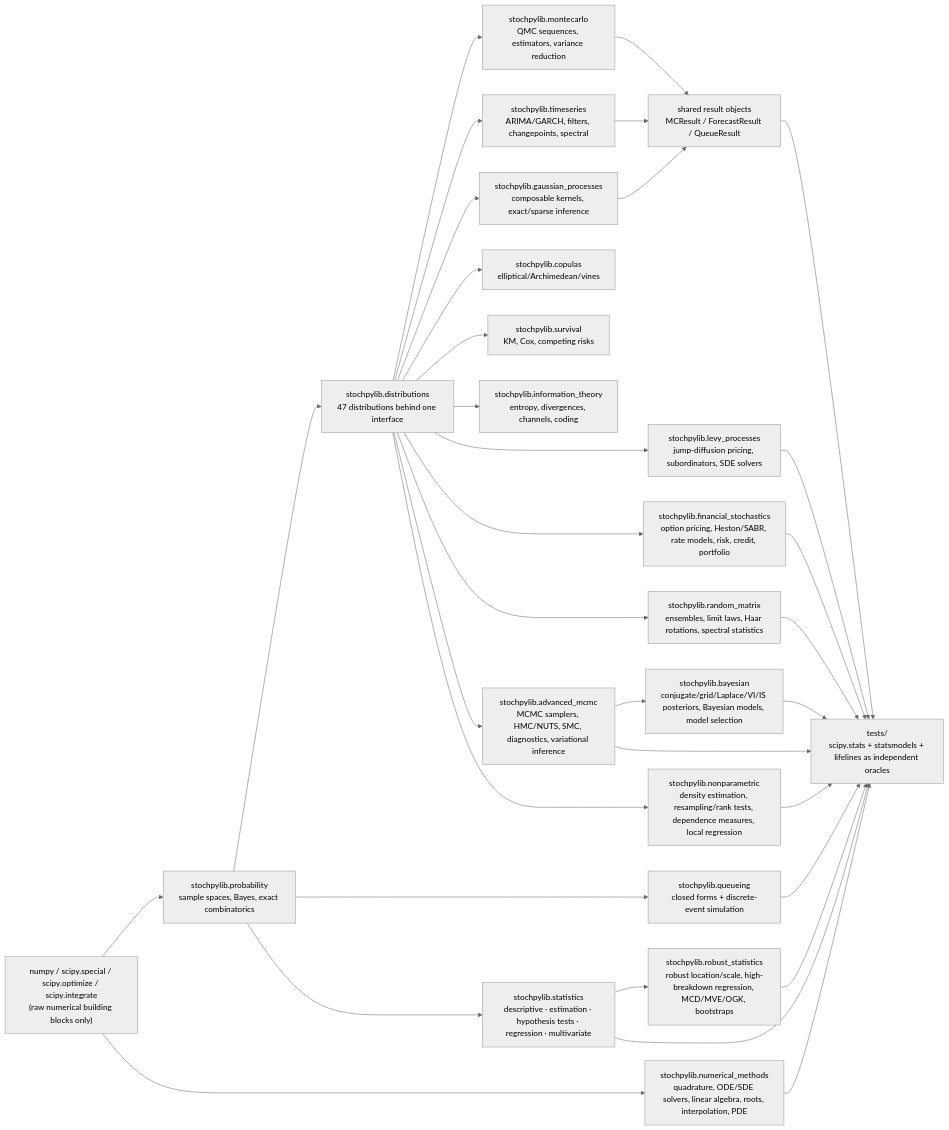
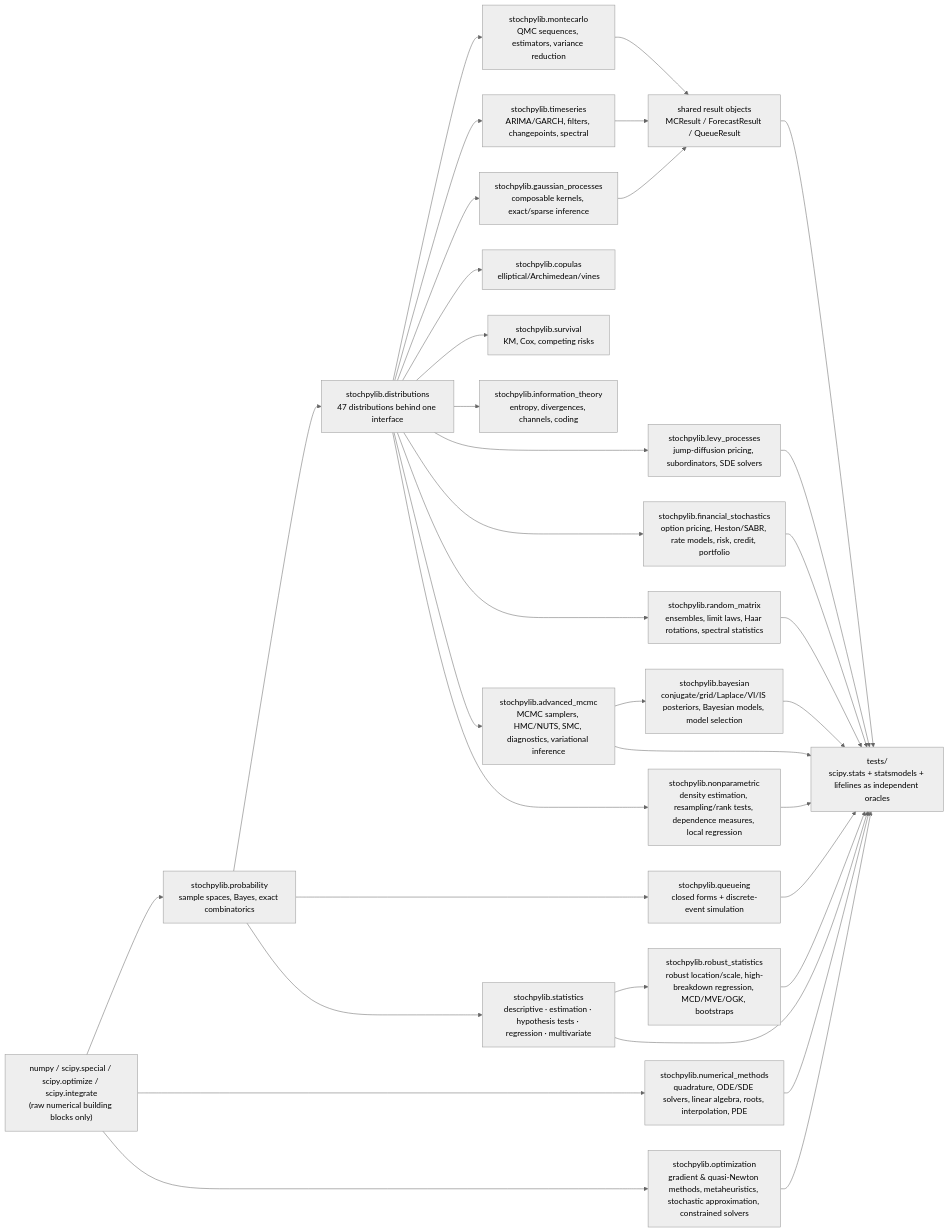
Before and after one commit to leon1706-lol/Stochpylib: the first of 2 diagrams in README.md, drawn with Mermaid (neutral theme). The commit also changed other lines of this file and 36 other files, not shown here.

````diff
--- a/README.md
+++ b/README.md
@@ -262,35 +277,37 @@
 ```mermaid
 flowchart LR
     A["numpy / scipy.special / scipy.optimize / scipy.integrate<br/>(raw numerical building blocks only)"] --> B["stochpylib.probability<br/>sample spaces, Bayes, exact combinatorics"]
     B --> C["stochpylib.distributions<br/>47 distributions behind one interface"]
     C --> D["stochpylib.montecarlo<br/>QMC sequences, estimators, variance reduction"]
     C --> E["stochpylib.timeseries<br/>ARIMA/GARCH, filters, changepoints, spectral"]
     C --> F["stochpylib.gaussian_processes<br/>composable kernels, exact/sparse inference"]
     C --> G["stochpylib.copulas<br/>elliptical/Archimedean/vines"]
     C --> H["stochpylib.survival<br/>KM, Cox, competing risks"]
     B --> I["stochpylib.queueing<br/>closed forms + discrete-event simulation"]
     C --> J["stochpylib.information_theory<br/>entropy, divergences, channels, coding"]
     C --> M["stochpylib.levy_processes<br/>jump-diffusion pricing, subordinators, SDE solvers"]
     C --> N["stochpylib.financial_stochastics<br/>option pricing, Heston/SABR, rate models, risk, credit, portfolio"]
     B --> O["stochpylib.statistics<br/>descriptive · estimation · hypothesis tests · regression · multivariate"]
     C --> P["stochpylib.random_matrix<br/>ensembles, limit laws, Haar rotations, spectral statistics"]
     C --> Q["stochpylib.advanced_mcmc<br/>MCMC samplers, HMC/NUTS, SMC, diagnostics, variational inference"]
     A --> R["stochpylib.numerical_methods<br/>quadrature, ODE/SDE solvers, linear algebra, roots, interpolation, PDE"]
     Q --> S["stochpylib.bayesian<br/>conjugate/grid/Laplace/VI/IS posteriors, Bayesian models, model selection"]
     O --> T["stochpylib.robust_statistics<br/>robust location/scale, high-breakdown regression, MCD/MVE/OGK, bootstraps"]
     C --> U["stochpylib.nonparametric<br/>density estimation, resampling/rank tests, dependence measures, local regression"]
+    A --> V["stochpylib.optimization<br/>gradient & quasi-Newton methods, metaheuristics, stochastic approximation, constrained solvers"]
     D --> K["shared result objects<br/>MCResult / ForecastResult / QueueResult"]
     E --> K
     F --> K
     K --> L["tests/<br/>scipy.stats + statsmodels + lifelines as independent oracles"]
     I --> L
     M --> L
     N --> L
     O --> L
     P --> L
     Q --> L
     R --> L
     S --> L
     T --> L
     U --> L
+    V --> L
 ```
````
